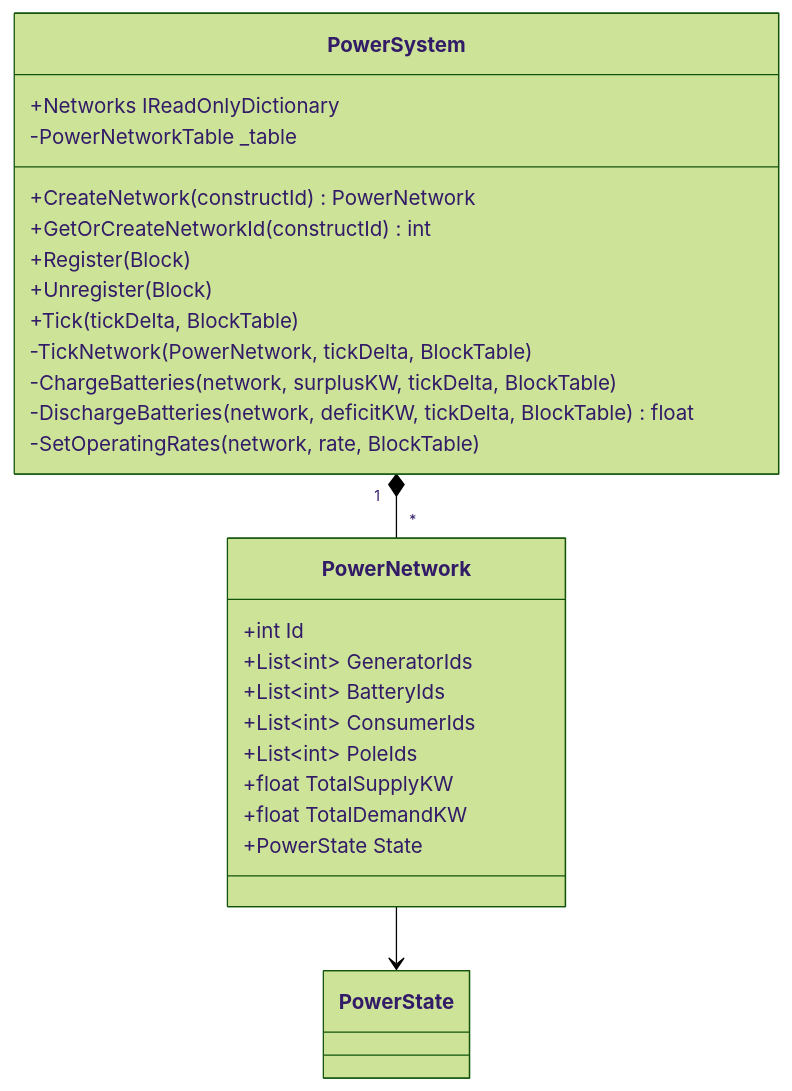
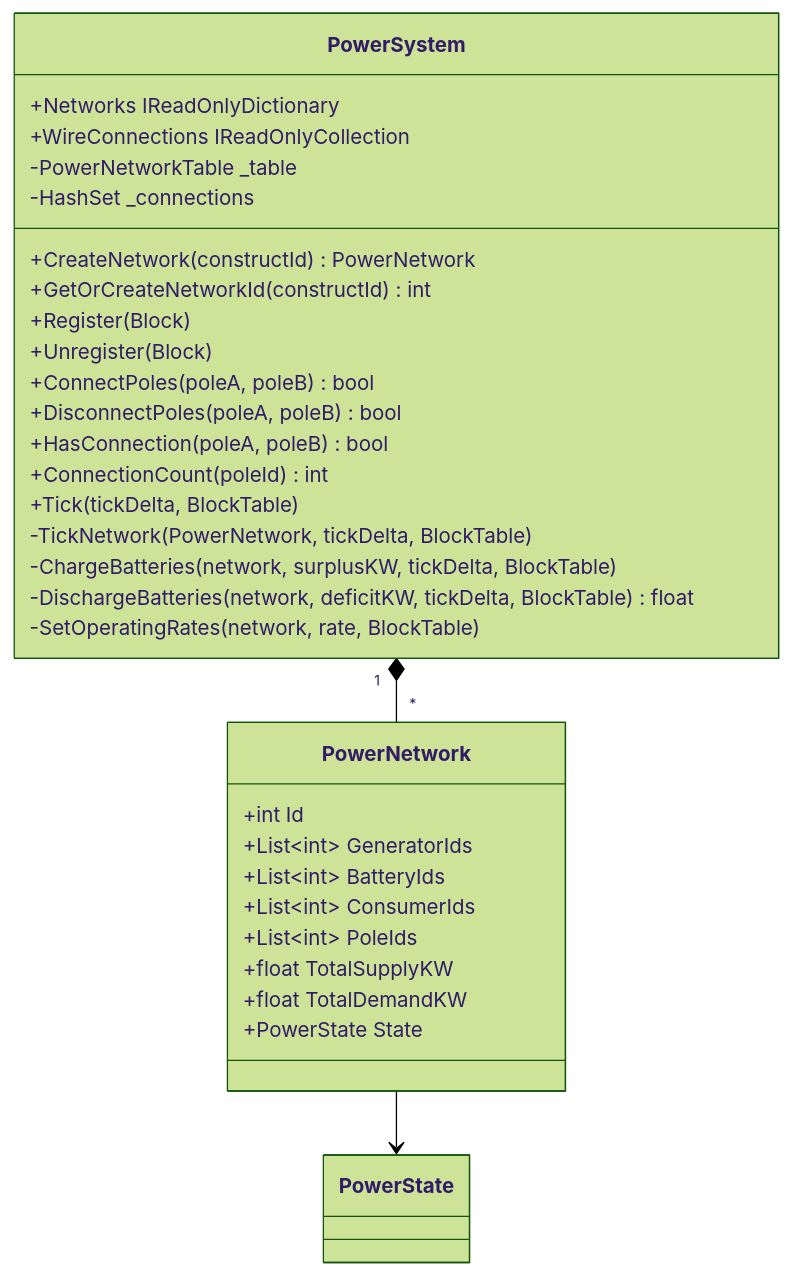
One commit to lukedholder/Reclamation changed the ninth of 10 diagrams in docs/BuildingSystem_UML.md. Above: the diagram before and after it, drawn with Mermaid (forest theme). The commit also changed other lines of this file and 13 other files, not shown here.

````diff
--- a/docs/BuildingSystem_UML.md
+++ b/docs/BuildingSystem_UML.md
@@ -582,30 +582,36 @@
 ```mermaid
 classDiagram
     class PowerSystem {
         +Networks IReadOnlyDictionary
+        +WireConnections IReadOnlyCollection
         +CreateNetwork(constructId) PowerNetwork
         +GetOrCreateNetworkId(constructId) int
         +Register(Block)
         +Unregister(Block)
+        +ConnectPoles(poleA, poleB) bool
+        +DisconnectPoles(poleA, poleB) bool
+        +HasConnection(poleA, poleB) bool
+        +ConnectionCount(poleId) int
         +Tick(tickDelta, BlockTable)
         -TickNetwork(PowerNetwork, tickDelta, BlockTable)
         -ChargeBatteries(network, surplusKW, tickDelta, BlockTable)
         -DischargeBatteries(network, deficitKW, tickDelta, BlockTable) float
         -SetOperatingRates(network, rate, BlockTable)
         -PowerNetworkTable _table
+        -HashSet _connections
     }
 
     class PowerNetwork {
         +int Id
         +List~int~ GeneratorIds
         +List~int~ BatteryIds
         +List~int~ ConsumerIds
         +List~int~ PoleIds
         +float TotalSupplyKW
         +float TotalDemandKW
         +PowerState State
     }
 
     PowerSystem "1" *-- "*" PowerNetwork
     PowerNetwork --> PowerState
 ```
````
